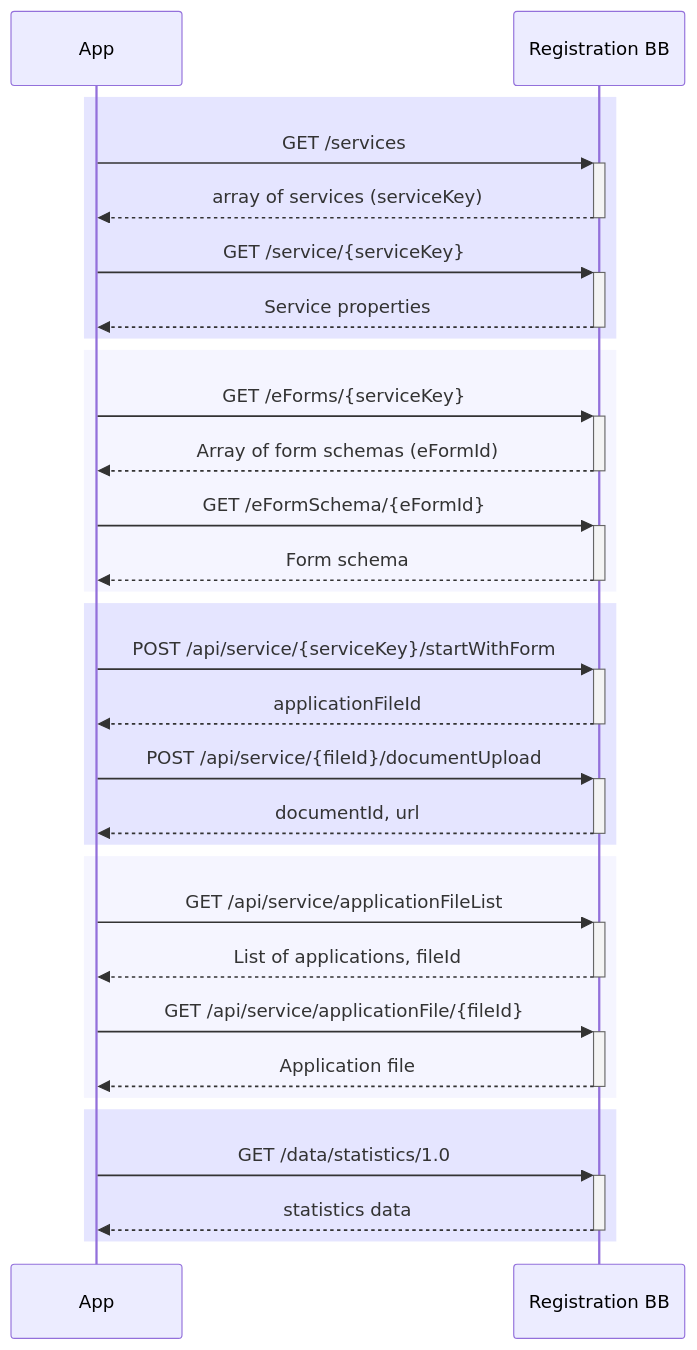
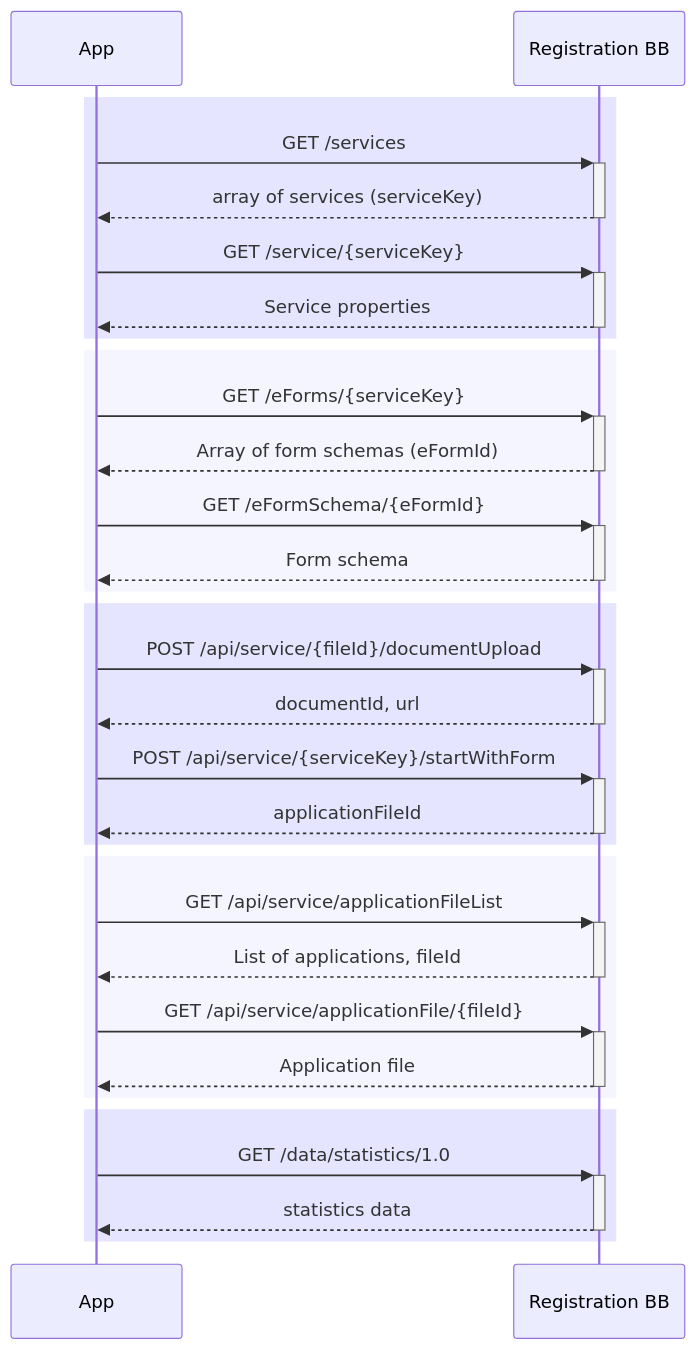
The diagram in api/ApplicantSequenceDiagram.mermaid (GovStackWorkingGroup/bb-registration), drawn with Mermaid before and after one commit.

```diff
--- a/api/ApplicantSequenceDiagram.mermaid
+++ b/api/ApplicantSequenceDiagram.mermaid
@@ -1,41 +1,43 @@
 sequenceDiagram
     rect rgba(0, 0, 255, .1)
 
     App->>+Registration BB: GET /services
     Registration BB-->>-App: array of services (serviceKey)
     
     App->>+Registration BB: GET /service/{serviceKey}
     Registration BB-->>-App: Service properties
     
     end
     rect rgba(204, 204, 255, .2)
     App->>+Registration BB: GET /eForms/{serviceKey}
     Registration BB-->>-App: Array of form schemas (eFormId)
 
     App->>+Registration BB: GET /eFormSchema/{eFormId}
     Registration BB-->>-App: Form schema 
 
     end
 
     rect rgba(0, 0, 255, .1)
+    App->>+Registration BB: POST /api/service/{fileId}/documentUpload
+    Registration BB-->>-App: documentId, url
+    
+    
     App->>+Registration BB: POST /api/service/{serviceKey}/startWithForm
     Registration BB-->>-App: applicationFileId
     
-    App->>+Registration BB: POST /api/service/{fileId}/documentUpload
-    Registration BB-->>-App: documentId, url
-    
+
     end
 
     rect rgba(204, 204, 255, .2)
 
     App->>+Registration BB: GET /api/service/applicationFileList
     Registration BB-->>-App: List of applications, fileId
 
     App->>+Registration BB: GET /api/service/applicationFile/{fileId}
     Registration BB-->>-App: Application file 
 
     end
     rect rgba(0, 0, 255, .1)
     App->>+Registration BB: GET /data/statistics/1.0
     Registration BB-->>-App: statistics data
     end
```
